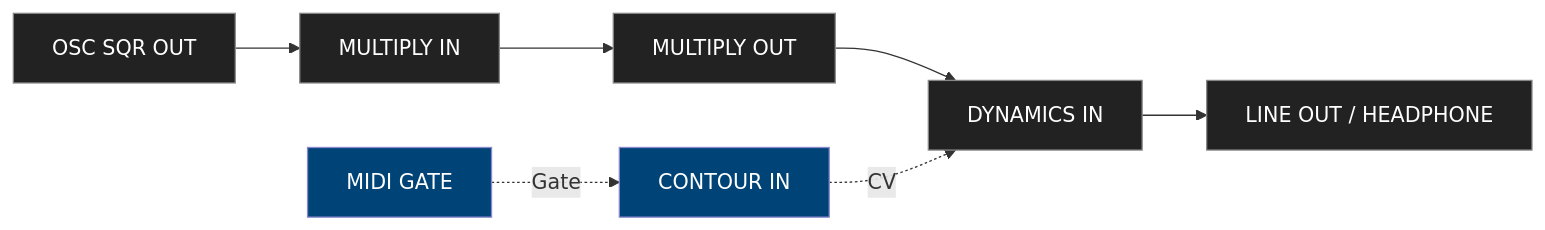
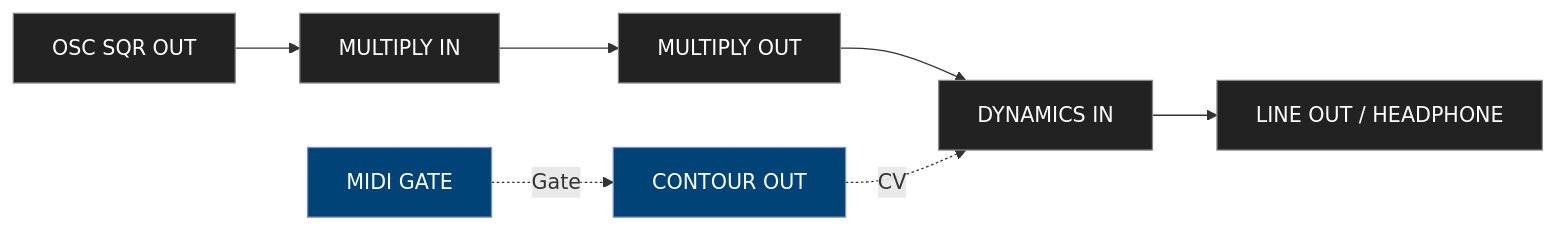
The sixth of 15 diagrams in Sound Design/references/synths/Make-Noise-0-Coast-Complete Reference.md (frbelli/ClaudeSkills), drawn with Mermaid before and after one commit. The commit also changed other lines of this file, not shown here.

````diff
--- a/Sound Design/references/synths/Make-Noise-0-Coast-Complete Reference.md
+++ b/Sound Design/references/synths/Make-Noise-0-Coast-Complete Reference.md
@@ -348,19 +516,13 @@
 ```mermaid
 graph LR
-    %% Audio Path
-    A["OSC SQR OUT"] --> B["MULTIPLY IN"]
-    B --> C["MULTIPLY OUT"]
-    C --> D["DYNAMICS IN"]
-    D --> E["LINE OUT / HEADPHONE"]
-
-    %% Modulation Paths
-    CONTOUR["CONTOUR OUT"] -. CV .-> D
-    GATE["MIDI GATE"] -. Gate .-> CONTOUR["CONTOUR IN"]
-
-    %% Style
-    classDef audio fill:#222,stroke:#888,color:#fff,stroke-width:1px;
-    classDef control fill:#004477,stroke:#88c,color:#fff,stroke-width:1px;
-    class A,B,C,D,E audio;
-    class CONTOUR,GATE control;
-
+A["OSC SQR OUT"] --> B["MULTIPLY IN"]
+B --> C["MULTIPLY OUT"]
+C --> D["DYNAMICS IN"]
+D --> E["LINE OUT / HEADPHONE"]
+CONTOUR["CONTOUR OUT"] -. CV .-> D
+GATE["MIDI GATE"] -. Gate .-> CONTOUR
+classDef audio fill:#222,stroke:#888,color:#fff,stroke-width:1px;
+classDef control fill:#004477,stroke:#88c,color:#fff,stroke-width:1px;
+class A,B,C,D,E audio;
+class CONTOUR,GATE control;
 ```
````
